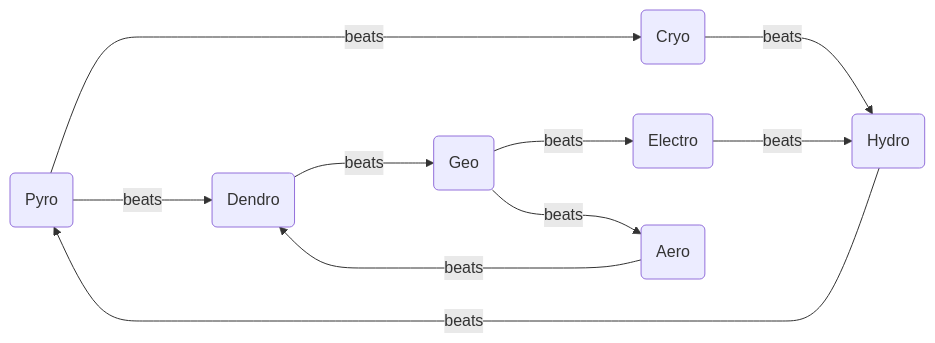
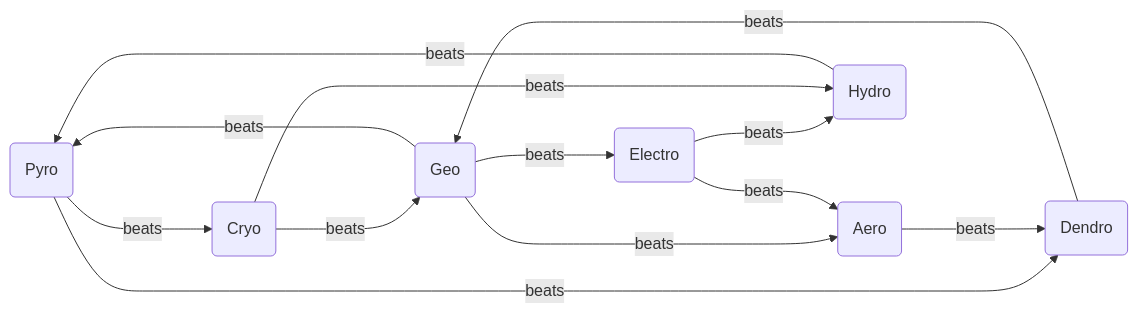
One commit to DonColon/vigilans-nexum-wiki changed the first of 2 diagrams in design/catalog/Magic-Tomes.md. Above: the diagram before and after it, drawn with Mermaid. The commit also changed other lines of this file and 13 other files, not shown here.

````diff
--- a/design/catalog/Magic-Tomes.md
+++ b/design/catalog/Magic-Tomes.md
@@ -11,21 +13,24 @@
 ```mermaid
 flowchart LR
     pyro(Pyro)
     aero(Aero)
     electro(Electro)
     hydro(Hydro)
     cryo(Cryo)
     geo(Geo)
     dendro(Dendro)
 
     pyro--beats--->cryo
     pyro--beats--->dendro
     electro--beats--->hydro
     hydro--beats--->pyro
     cryo--beats--->hydro
     geo--beats--->electro
     geo--beats--->aero
     dendro--beats--->geo
     aero--beats--->dendro
+    geo--beats--->pyro
+    cryo--beats--->geo
+    electro--beats--->aero
 
 ```
````
